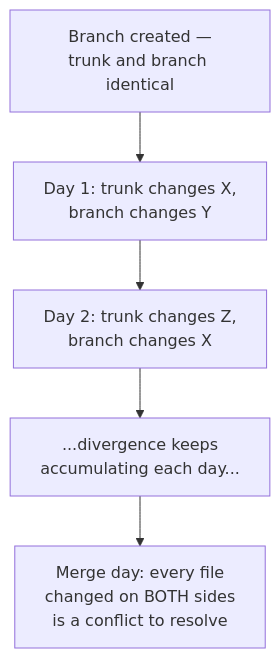
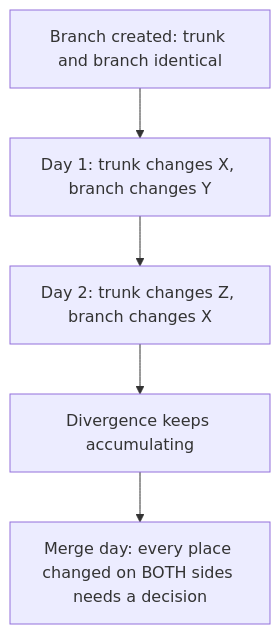
The first of 2 diagrams in src/content/git-teamwork/branching-strategies/L2-concept.mdx (francoandreDev/knowledge), drawn with Mermaid before and after one commit. The commit also changed other lines of this file and 3 other files, not shown here.

````diff
--- a/src/content/git-teamwork/branching-strategies/L2-concept.mdx
+++ b/src/content/git-teamwork/branching-strategies/L2-concept.mdx
@@ -35,7 +30,7 @@
 ```mermaid
 flowchart TD
-    A["Branch created —\ntrunk and branch identical"] --> B["Day 1: trunk changes X,\nbranch changes Y"]
-    B --> C["Day 2: trunk changes Z,\nbranch changes X"]
-    C --> D["...divergence keeps\naccumulating each day..."]
-    D --> E["Merge day: every file\nchanged on BOTH sides\nis a conflict to resolve"]
+    A["Branch created: trunk and branch identical"] --> B["Day 1: trunk changes X, branch changes Y"]
+    B --> C["Day 2: trunk changes Z, branch changes X"]
+    C --> D["Divergence keeps accumulating"]
+    D --> E["Merge day: every place changed on BOTH sides needs a decision"]
 ```
````
